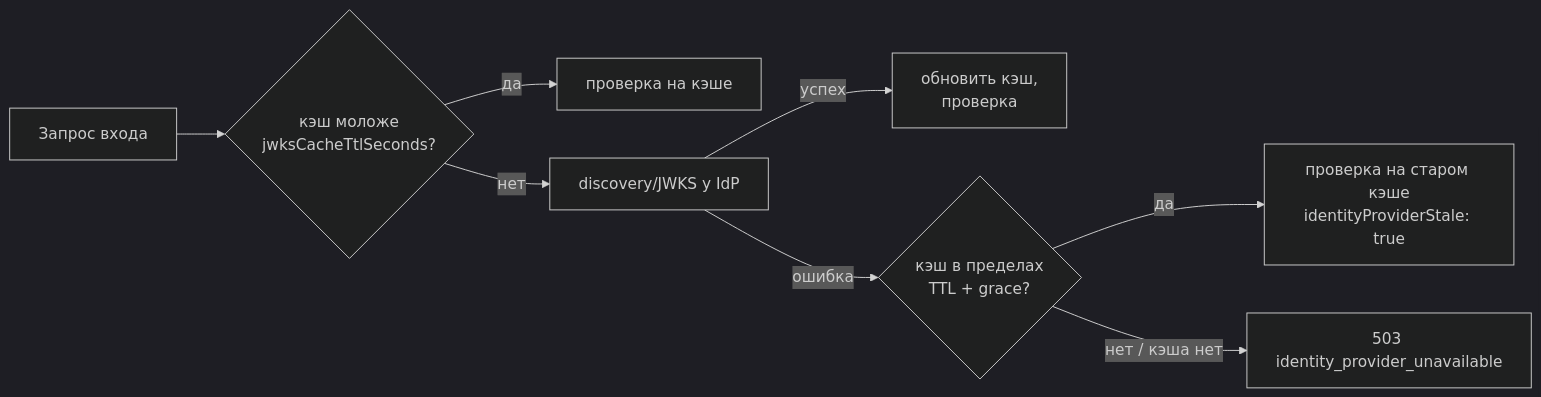
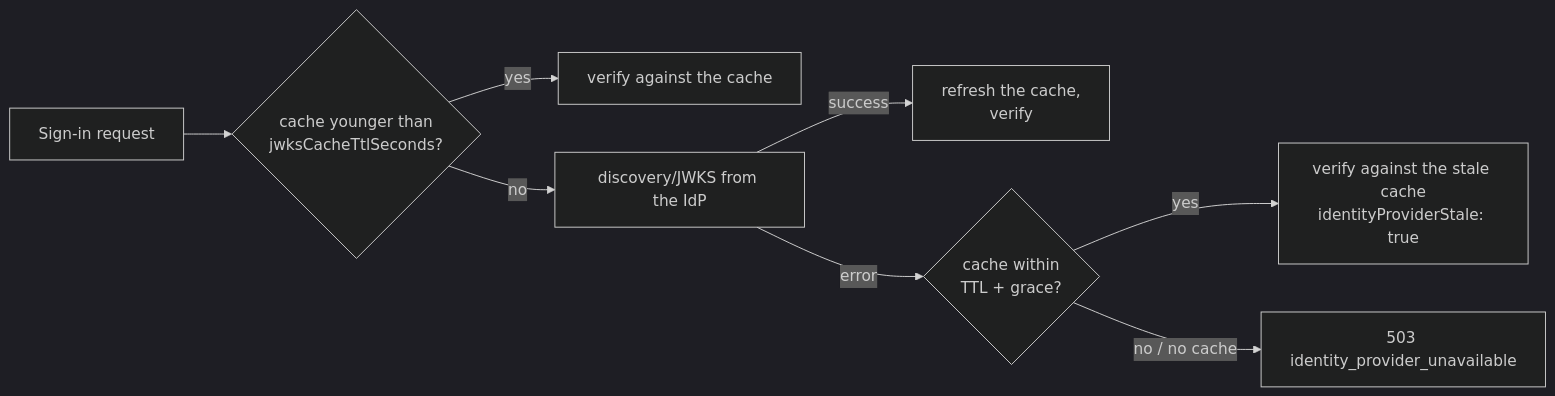
Before and after one commit to monthu56/taimen: the second of 3 diagrams in guide/docs/iam/federation.md, drawn with Mermaid (dark theme). The commit also changed other lines of this file and 183 other files, not shown here.

````diff
--- a/guide/docs/iam/federation.md
+++ b/guide/docs/iam/federation.md
@@ -123,10 +128,10 @@
 ```mermaid
 flowchart LR
-    R["Запрос входа"] --> F{"кэш моложе<br/>jwksCacheTtlSeconds?"}
-    F -- да --> OK["проверка на кэше"]
-    F -- нет --> N["discovery/JWKS у IdP"]
-    N -- успех --> OK2["обновить кэш,<br/>проверка"]
-    N -- ошибка --> G{"кэш в пределах<br/>TTL + grace?"}
-    G -- да --> ST["проверка на старом кэше<br/>identityProviderStale: true"]
-    G -- нет / кэша нет --> D["503 identity_provider_unavailable"]
+    R["Sign-in request"] --> F{"cache younger than<br/>jwksCacheTtlSeconds?"}
+    F -- yes --> OK["verify against the cache"]
+    F -- no --> N["discovery/JWKS from the IdP"]
+    N -- success --> OK2["refresh the cache,<br/>verify"]
+    N -- error --> G{"cache within<br/>TTL + grace?"}
+    G -- yes --> ST["verify against the stale cache<br/>identityProviderStale: true"]
+    G -- no / no cache --> D["503 identity_provider_unavailable"]
 ```
````
